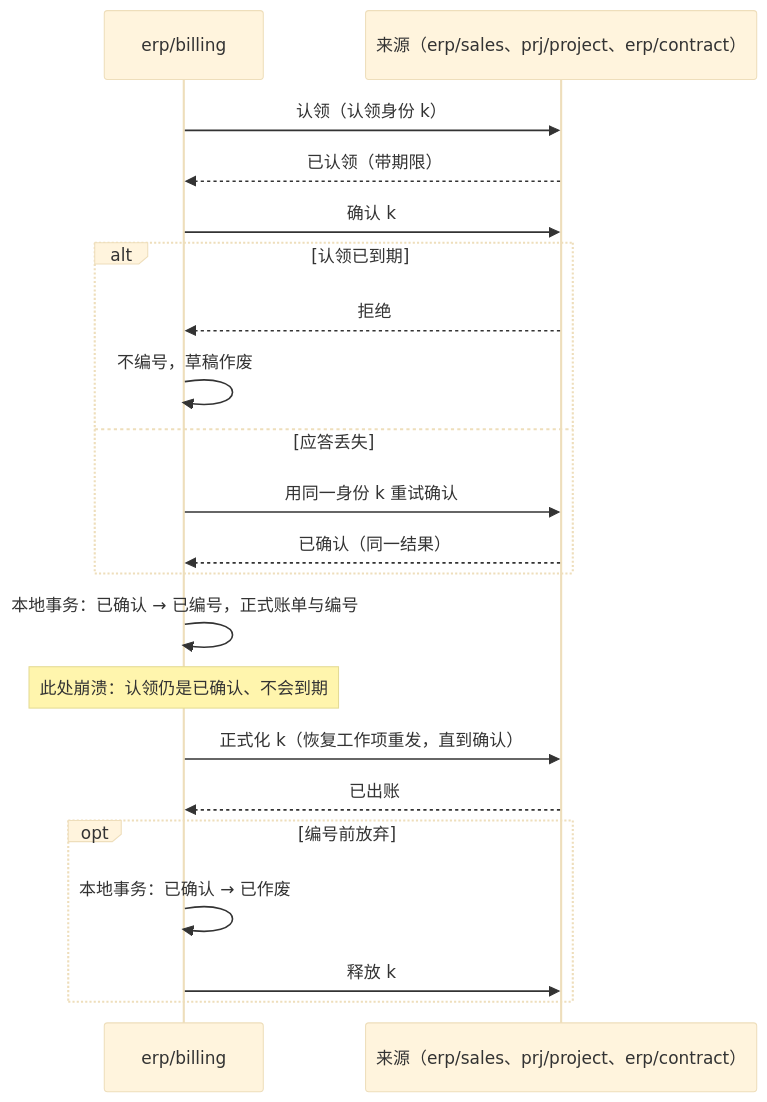
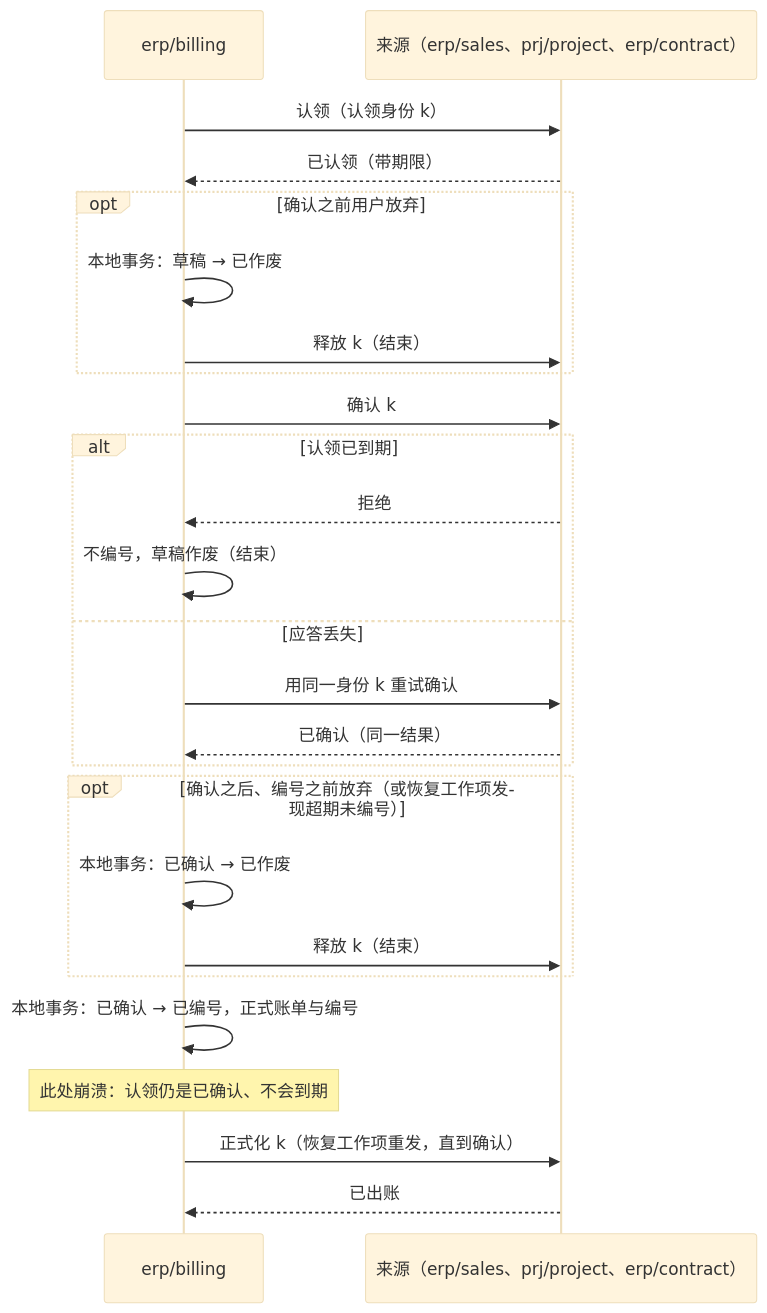
The diagram in tempDocs/final/06-protocols/05-billing-settlement-and-costing.md (brickKit/be-assembly-standard), drawn with Mermaid (base theme) before and after one commit. The commit also changed other lines of this file and 12 other files, not shown here.

````diff
--- a/tempDocs/final/06-protocols/05-billing-settlement-and-costing.md
+++ b/tempDocs/final/06-protocols/05-billing-settlement-and-costing.md
@@ -87,23 +89,27 @@
 ```mermaid
 sequenceDiagram
     participant B as erp/billing
     participant S as 来源（erp/sales、prj/project、erp/contract）
     B->>S: 认领（认领身份 k）
     S-->>B: 已认领（带期限）
+    opt 确认之前用户放弃
+        B->>B: 本地事务：草稿 → 已作废
+        B->>S: 释放 k（结束）
+    end
     B->>S: 确认 k
     alt 认领已到期
         S-->>B: 拒绝
-        B->>B: 不编号，草稿作废
+        B->>B: 不编号，草稿作废（结束）
     else 应答丢失
         B->>S: 用同一身份 k 重试确认
         S-->>B: 已确认（同一结果）
+    end
+    opt 确认之后、编号之前放弃（或恢复工作项发现超期未编号）
+        B->>B: 本地事务：已确认 → 已作废
+        B->>S: 释放 k（结束）
     end
     B->>B: 本地事务：已确认 → 已编号，正式账单与编号
     Note over B: 此处崩溃：认领仍是已确认、不会到期
     B->>S: 正式化 k（恢复工作项重发，直到确认）
     S-->>B: 已出账
-    opt 编号前放弃
-        B->>B: 本地事务：已确认 → 已作废
-        B->>S: 释放 k
-    end
 ```
````
